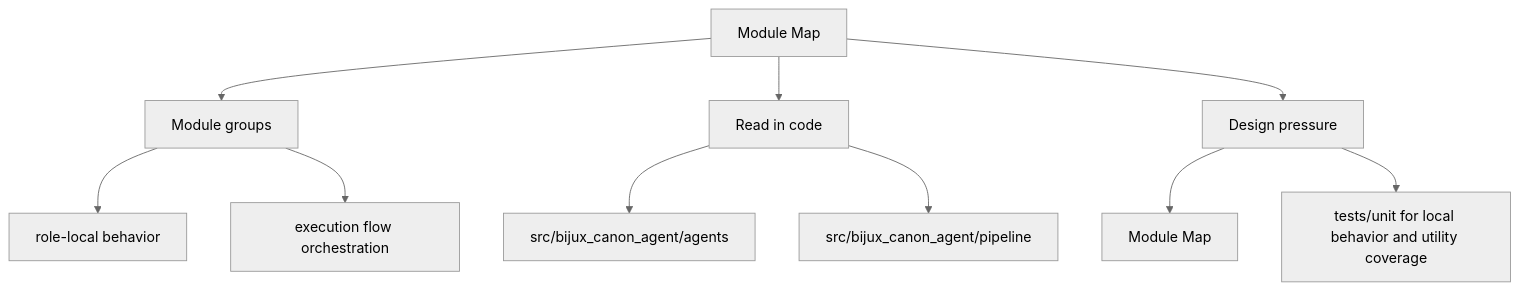
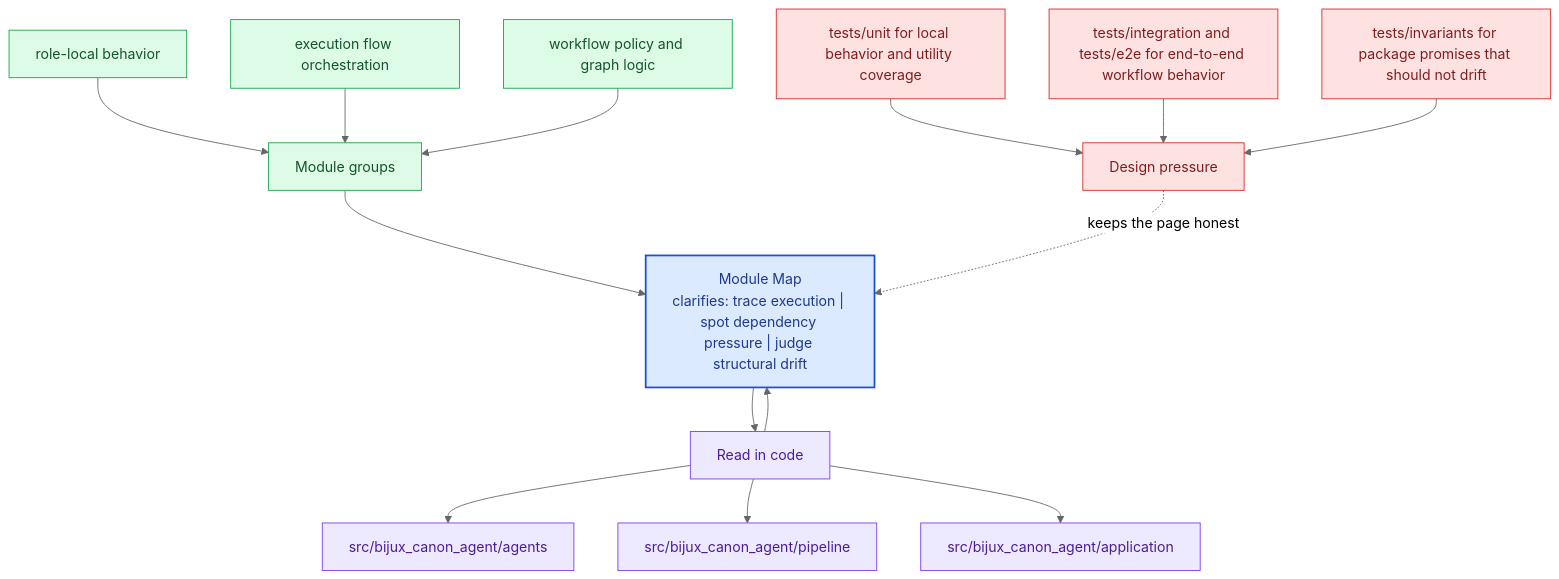
The second of 2 diagrams in docs/bijux-canon-agent/architecture/module-map.md (bijux/bijux-canon), drawn with Mermaid (neutral theme) before and after one commit. The commit also changed other lines of this file and 281 other files, not shown here.

Commit message:
docs(diagrams): deepen handbook mermaid maps across the catalog

````diff
--- a/docs/bijux-canon-agent/architecture/module-map.md
+++ b/docs/bijux-canon-agent/architecture/module-map.md
@@ -35,22 +68,40 @@
 ```mermaid
-flowchart TD
-    page["Module Map"]
+flowchart TB
+    promise["Module Map<br/>clarifies: trace execution | spot dependency pressure | judge structural drift"]
+    classDef promise fill:#dbeafe,stroke:#1d4ed8,color:#1e3a8a,stroke-width:2px;
+    classDef driver fill:#dcfce7,stroke:#16a34a,color:#14532d;
+    classDef constraint fill:#fee2e2,stroke:#dc2626,color:#7f1d1d;
+    classDef ground fill:#ede9fe,stroke:#7c3aed,color:#4c1d95;
     focus1["Module groups"]
-    page --> focus1
+    focus1 --> promise
     focus1_1["role-local behavior"]
-    focus1 --> focus1_1
+    focus1_1 --> focus1
     focus1_2["execution flow orchestration"]
-    focus1 --> focus1_2
+    focus1_2 --> focus1
+    focus1_3["workflow policy and graph logic"]
+    focus1_3 --> focus1
+    class focus1 driver;
+    class focus1_1,focus1_2,focus1_3 driver;
     focus2["Read in code"]
-    page --> focus2
+    focus2 --> promise
+    promise --> focus2
     focus2_1["src/bijux_canon_agent/agents"]
     focus2 --> focus2_1
     focus2_2["src/bijux_canon_agent/pipeline"]
     focus2 --> focus2_2
+    focus2_3["src/bijux_canon_agent/application"]
+    focus2 --> focus2_3
+    class focus2 ground;
+    class focus2_1,focus2_2,focus2_3 ground;
     focus3["Design pressure"]
-    page --> focus3
-    focus3_1["Module Map"]
-    focus3 --> focus3_1
-    focus3_2["tests/unit for local behavior and utility coverage"]
-    focus3 --> focus3_2
+    focus3 -.keeps the page honest.-> promise
+    focus3_1["tests/unit for local behavior and utility coverage"]
+    focus3_1 --> focus3
+    focus3_2["tests/integration and tests/e2e for end-to-end workflow behavior"]
+    focus3_2 --> focus3
+    focus3_3["tests/invariants for package promises that should not drift"]
+    focus3_3 --> focus3
+    class focus3 constraint;
+    class focus3_1,focus3_2,focus3_3 constraint;
+    class promise promise;
 ```
````
